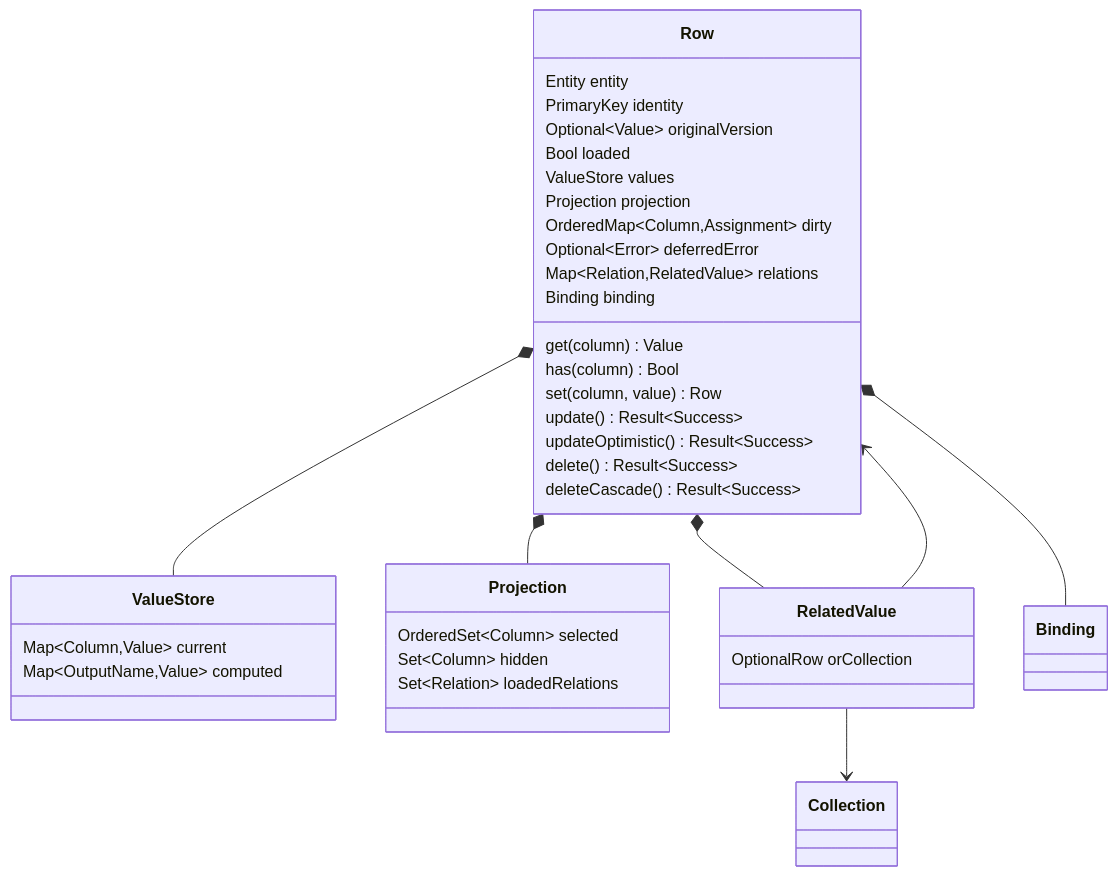
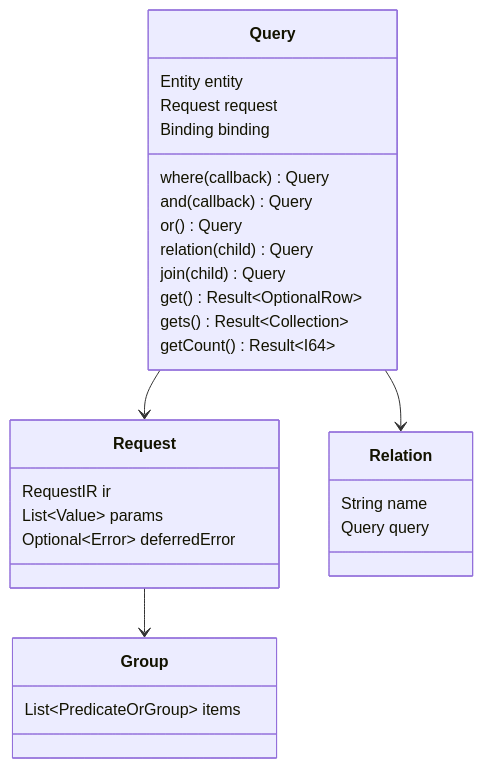
One commit to polyspec/orm changed the second of 9 diagrams in docs/interfaces.ko.md. Above: the diagram before and after it, drawn with Mermaid. The commit also changed other lines of this file and 3 other files, not shown here.

````diff
--- a/docs/interfaces.ko.md
+++ b/docs/interfaces.ko.md
@@ -389,40 +56,31 @@
 ```mermaid
 classDiagram
-    class Row {
+    class Query {
         Entity entity
-        PrimaryKey identity
-        Optional~Value~ originalVersion
-        Bool loaded
-        ValueStore values
-        Projection projection
-        OrderedMap~Column,Assignment~ dirty
+        Request request
+        Binding binding
+        where(callback) Query
+        and(callback) Query
+        or() Query
+        relation(child) Query
+        join(child) Query
+        get() Result~OptionalRow~
+        gets() Result~Collection~
+        getCount() Result~I64~
+    }
+    class Request {
+        RequestIR ir
+        List~Value~ params
         Optional~Error~ deferredError
-        Map~Relation,RelatedValue~ relations
-        Binding binding
-        get(column) Value
-        has(column) Bool
-        set(column, value) Row
-        update() Result~Success~
-        updateOptimistic() Result~Success~
-        delete() Result~Success~
-        deleteCascade() Result~Success~
     }
-    class ValueStore {
-        Map~Column,Value~ current
-        Map~OutputName,Value~ computed
+    class Group {
+        List~PredicateOrGroup~ items
     }
-    class Projection {
-        OrderedSet~Column~ selected
-        Set~Column~ hidden
-        Set~Relation~ loadedRelations
+    class Relation {
+        String name
+        Query query
     }
-    class RelatedValue {
-        OptionalRow orCollection
-    }
-    Row *-- ValueStore
-    Row *-- Projection
-    Row *-- Binding
-    Row *-- RelatedValue
-    RelatedValue --> Row
-    RelatedValue --> Collection
+    Query --> Request
+    Request --> Group
+    Query --> Relation
 ```
````
